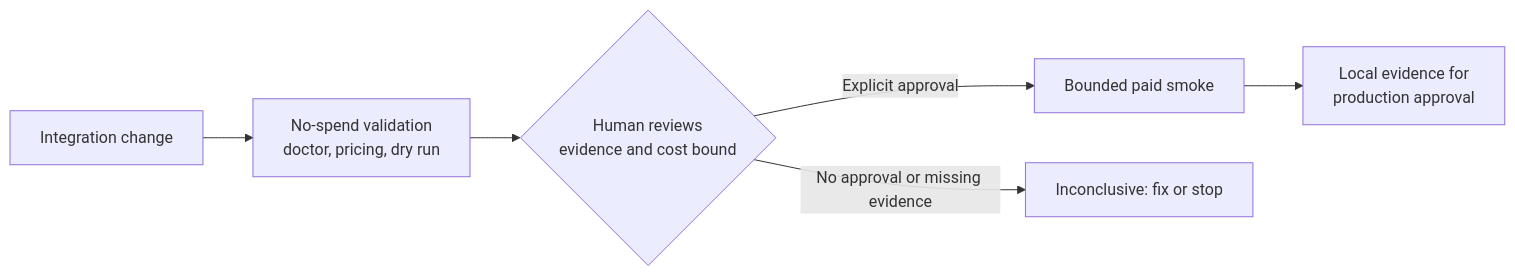
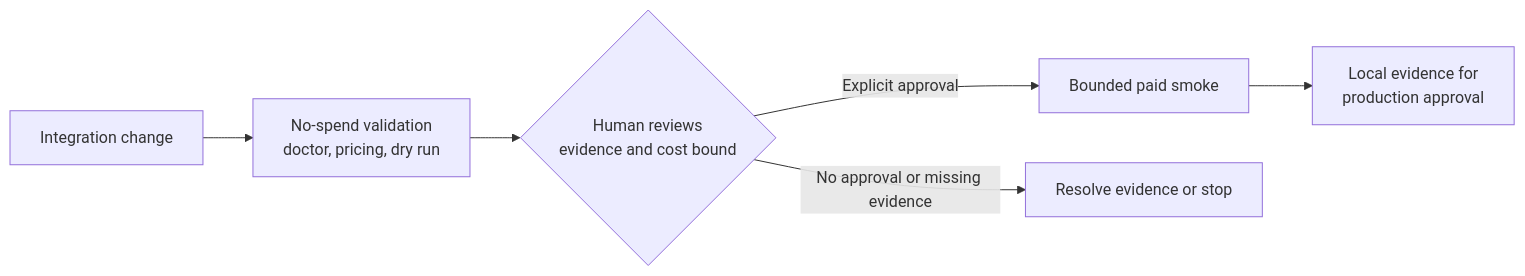
Before and after one commit to feronovak/llm-preflight: the diagram in README.md, drawn with Mermaid. The commit also changed other lines of this file and 13 other files, not shown here.

````diff
--- a/README.md
+++ b/README.md
@@ -115,8 +115,8 @@
 ```mermaid
 flowchart LR
     A[Integration change] --> B[No-spend validation\ndoctor, pricing, dry run]
     B --> C{Human reviews\nevidence and cost bound}
     C -->|Explicit approval| D[Bounded paid smoke]
-    C -->|No approval or missing evidence| E[Inconclusive: fix or stop]
+    C -->|No approval or missing evidence| E[Resolve evidence or stop]
     D --> F[Local evidence for\nproduction approval]
 ```
````
